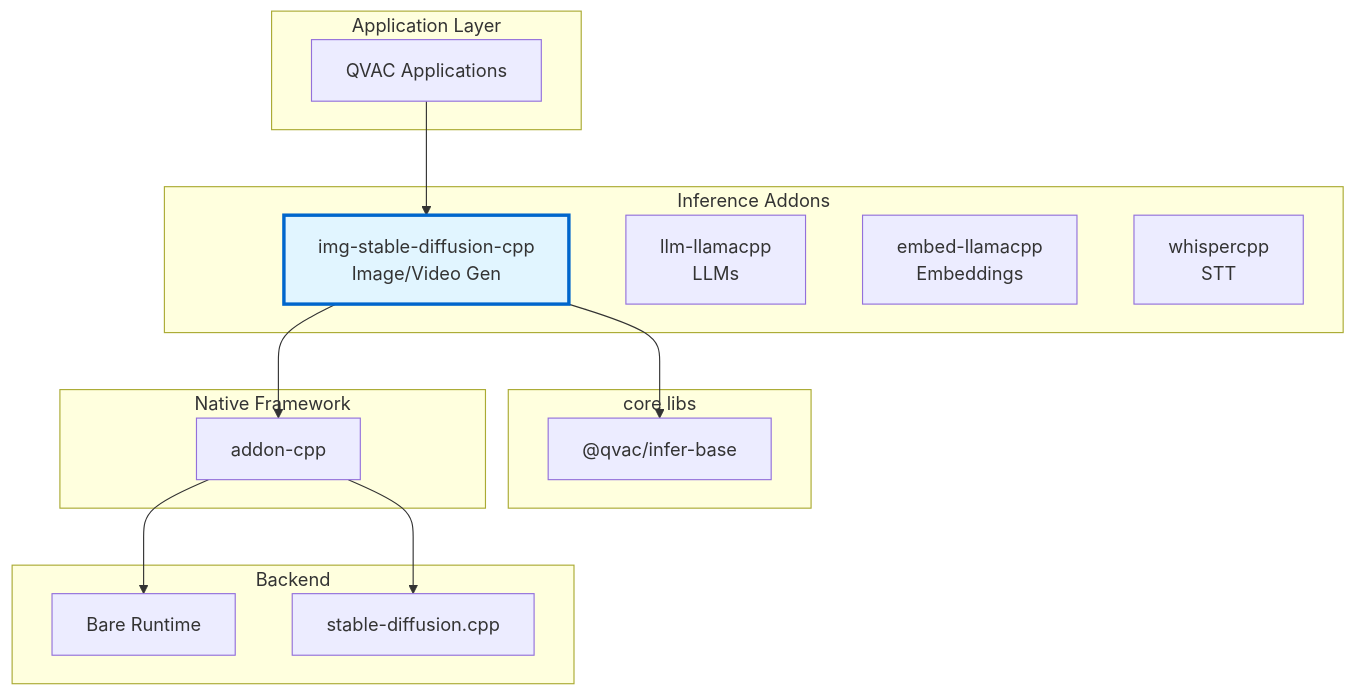
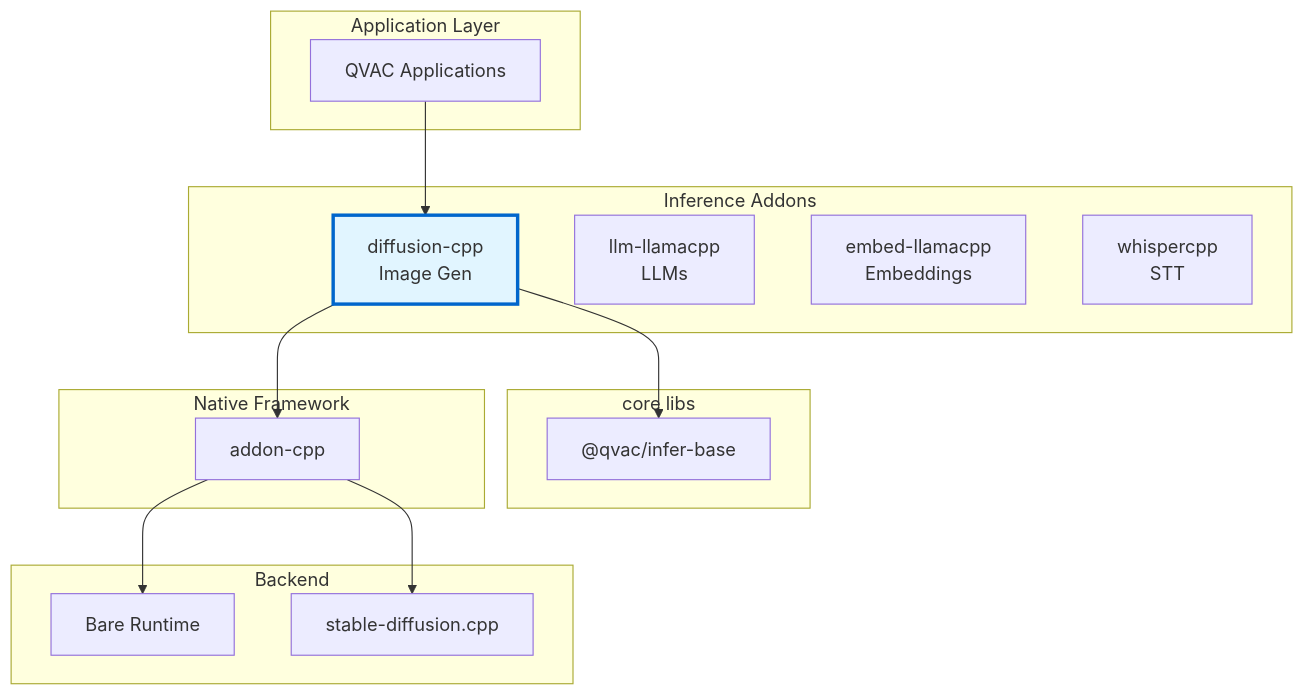
One commit to tetherto/qvac changed the first of 4 diagrams in packages/lib-infer-diffusion/docs/architecture.md. Above: the diagram before and after it, drawn with Mermaid. The commit also changed other lines of this file and 2 other files, not shown here.

First line of the commit message:
doc[notask]: fix remaining stale img2img and package name references

````diff
--- a/packages/lib-infer-diffusion/docs/architecture.md
+++ b/packages/lib-infer-diffusion/docs/architecture.md
@@ -83,34 +83,34 @@
 ```mermaid
 graph TB
     subgraph "Application Layer"
         APP[QVAC Applications]
     end
     
     subgraph "Inference Addons"
-        IMG[img-stable-diffusion-cpp<br/>Image/Video Gen]
+        IMG[diffusion-cpp<br/>Image Gen]
         LLM[llm-llamacpp<br/>LLMs]
         EMBED[embed-llamacpp<br/>Embeddings]
         WHISPER[whispercpp<br/>STT]
     end
     
     subgraph "core libs"
         BASE["@qvac/infer-base"]
     end
     
     subgraph "Native Framework"
         ADDON[addon-cpp]
     end
     
     subgraph "Backend"
         BARE[Bare Runtime]
         SDCPP[stable-diffusion.cpp]
     end
     
     APP --> IMG
     IMG --> BASE
     IMG --> ADDON
     ADDON --> BARE
     ADDON --> SDCPP
     
     style IMG fill:#e1f5ff,stroke:#0066cc,stroke-width:3px
 ```
````
